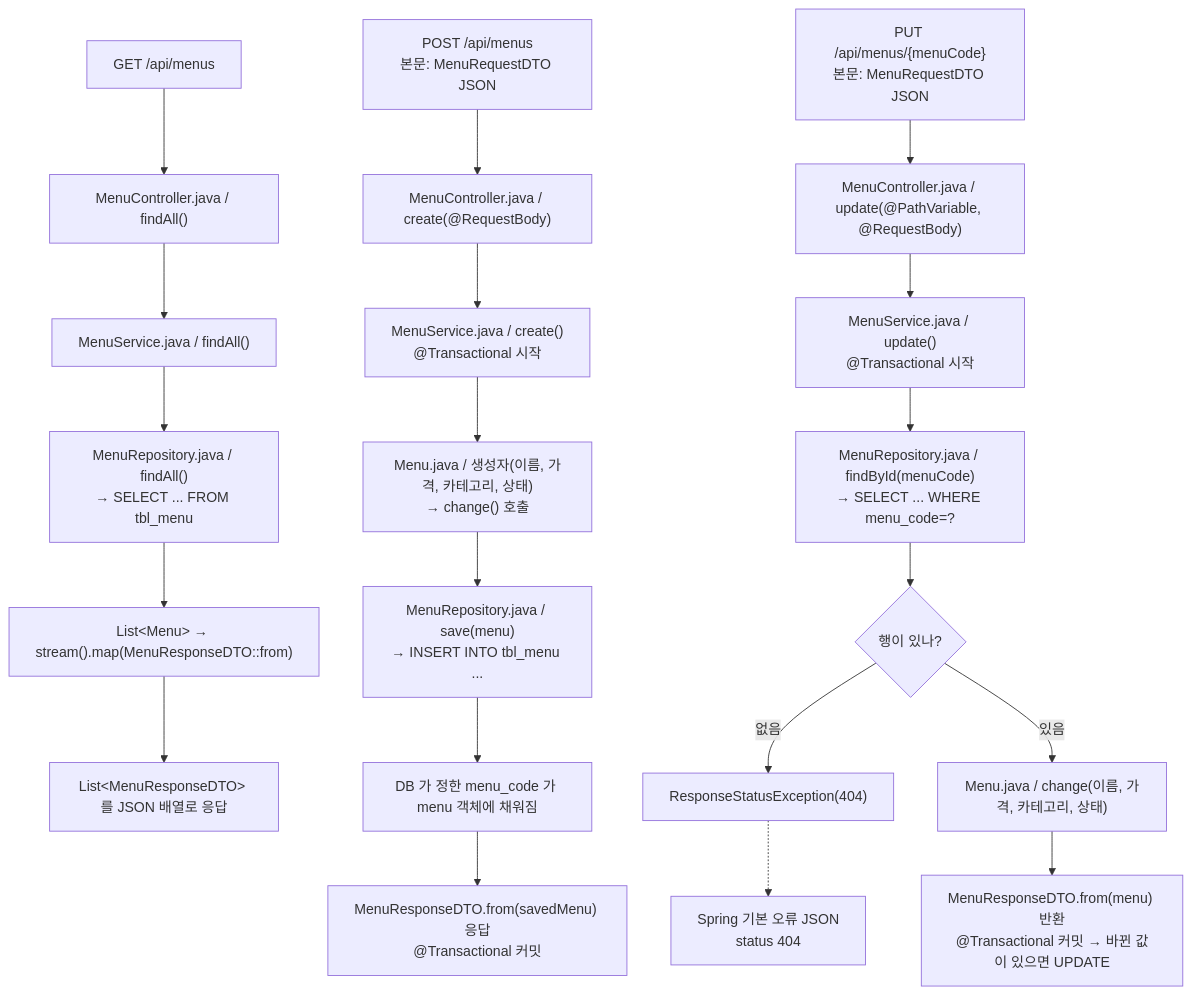
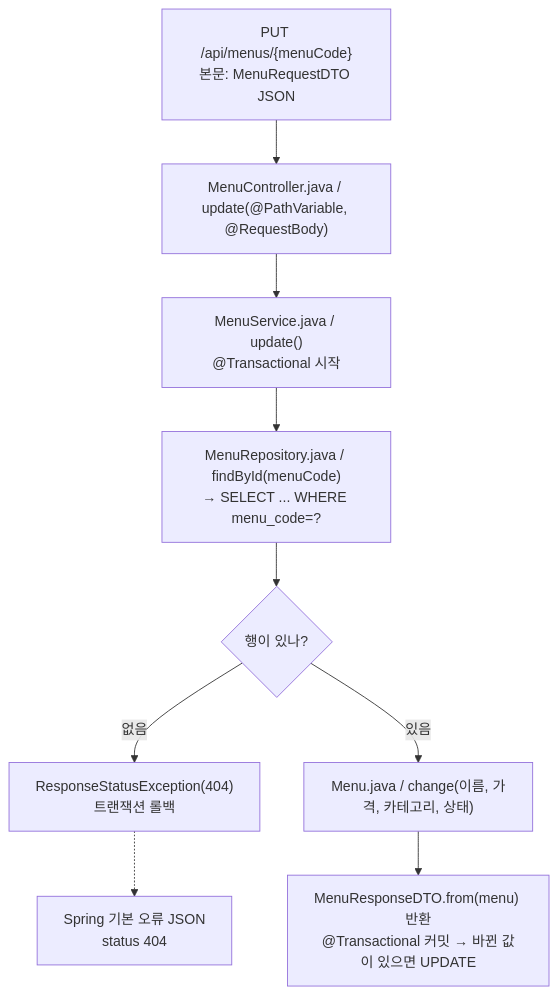
Before and after one commit to yunyongs/slx-ai-campus: diagram 11 of 17 in 00_Note/261104_SpringBoot_RESTAPI.md, drawn with Mermaid. The commit also changed other lines of this file and 53 other files, not shown here.

````diff
--- a/00_Note/261104_SpringBoot_RESTAPI.md
+++ b/00_Note/261104_SpringBoot_RESTAPI.md
@@ -500,24 +538,11 @@
 ```mermaid
 flowchart TD
-    G["GET /api/menus"] --> G1["MenuController.java / findAll()"]
-    G1 --> G2["MenuService.java / findAll()"]
-    G2 --> G3["MenuRepository.java / findAll()<br/>→ SELECT ... FROM tbl_menu"]
-    G3 --> G4["List&lt;Menu&gt; → stream().map(MenuResponseDTO::from)"]
-    G4 --> G5["List&lt;MenuResponseDTO&gt; 를 JSON 배열로 응답"]
-
-    P["POST /api/menus<br/>본문: MenuRequestDTO JSON"] --> P1["MenuController.java / create(@RequestBody)"]
-    P1 --> P2["MenuService.java / create()<br/>@Transactional 시작"]
-    P2 --> P3["Menu.java / 생성자(이름, 가격, 카테고리, 상태)<br/>→ change() 호출"]
-    P3 --> P4["MenuRepository.java / save(menu)<br/>→ INSERT INTO tbl_menu ..."]
-    P4 --> P5["DB 가 정한 menu_code 가 menu 객체에 채워짐"]
-    P5 --> P6["MenuResponseDTO.from(savedMenu) 응답<br/>@Transactional 커밋"]
-
     U["PUT /api/menus/{menuCode}<br/>본문: MenuRequestDTO JSON"] --> U1["MenuController.java / update(@PathVariable, @RequestBody)"]
     U1 --> U2["MenuService.java / update()<br/>@Transactional 시작"]
     U2 --> U3["MenuRepository.java / findById(menuCode)<br/>→ SELECT ... WHERE menu_code=?"]
     U3 --> U4{"행이 있나?"}
-    U4 -->|"없음"| U5["ResponseStatusException(404)"]
+    U4 -->|"없음"| U5["ResponseStatusException(404)<br/>트랜잭션 롤백"]
     U4 -->|"있음"| U6["Menu.java / change(이름, 가격, 카테고리, 상태)"]
+    U5 -.-> U8["Spring 기본 오류 JSON<br/>status 404"]
     U6 --> U7["MenuResponseDTO.from(menu) 반환<br/>@Transactional 커밋 → 바뀐 값이 있으면 UPDATE"]
-    U5 -.-> U8["Spring 기본 오류 JSON<br/>status 404"]
 ```
````
